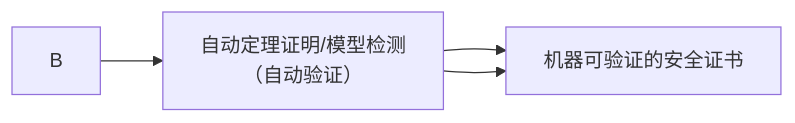
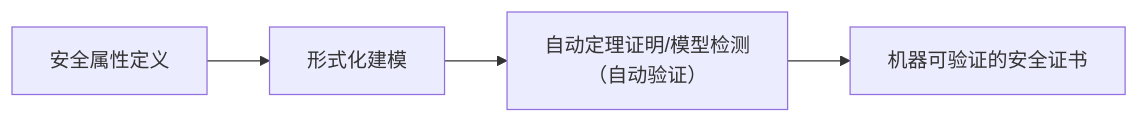
Before and after one commit to yeasy/ai_security_guide: the first of 2 diagrams in 11_governance/11.6_future.md, drawn with Mermaid. The commit also changed other lines of this file and 7 other files, not shown here.

````diff
--- a/11_governance/11.6_future.md
+++ b/11_governance/11.6_future.md
@@ -18,6 +18,6 @@
 ```mermaid
 flowchart LR
-    C --> D["机器可验证的安全证书"]
+    A["安全属性定义"] --> B["形式化建模"]
     B --> C["自动定理证明/模型检测<br/>（自动验证）"]
     C --> D["机器可验证的安全证书"]
 ```
````
